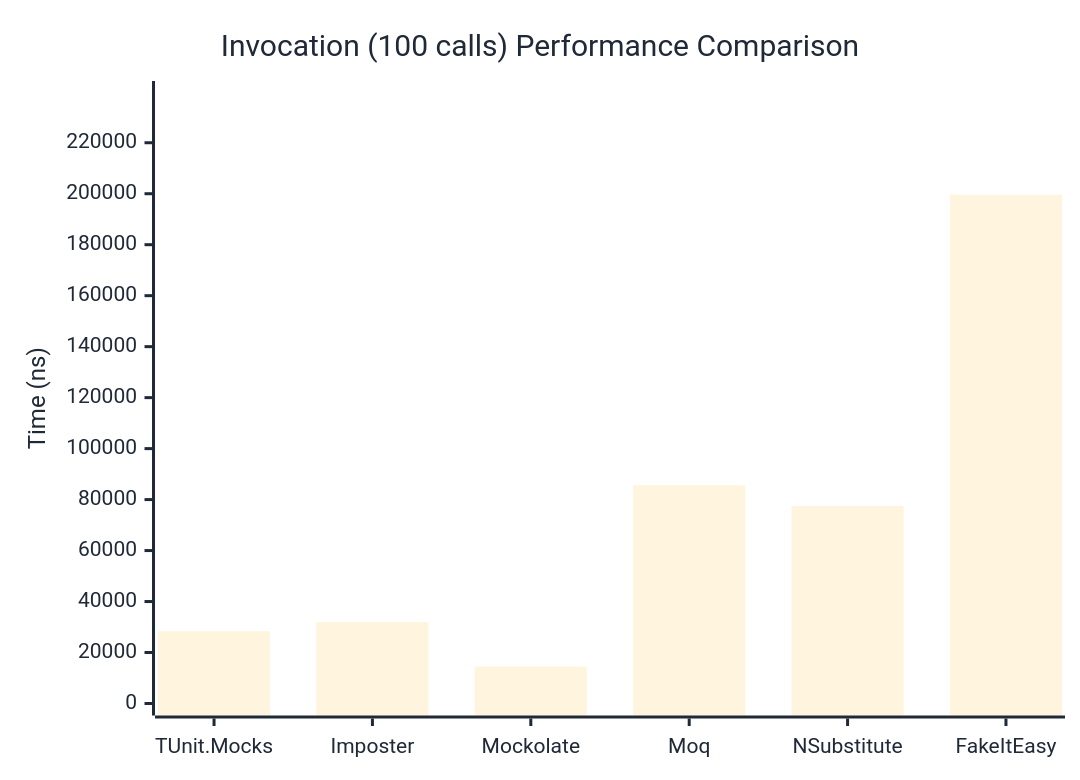
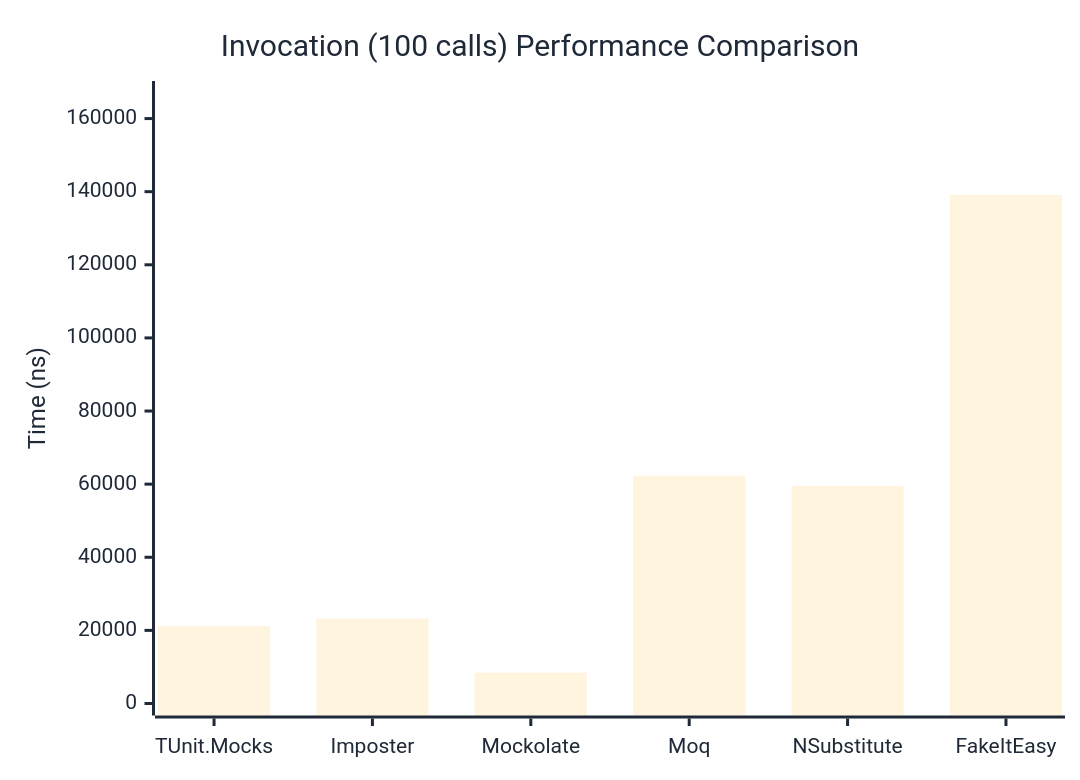
Before and after one commit to thomhurst/TUnit: the third of 3 diagrams in docs/docs/benchmarks/mocks/Invocation.md, drawn with Mermaid. The commit also changed other lines of this file and 14 other files, not shown here.

````diff
--- a/docs/docs/benchmarks/mocks/Invocation.md
+++ b/docs/docs/benchmarks/mocks/Invocation.md
@@ -112,27 +112,27 @@
 ```mermaid
 %%{init: {
   'theme':'base',
   'themeVariables': {
     'primaryColor': '#2563eb',
     'primaryTextColor': '#1f2937',
     'primaryBorderColor': '#1e40af',
     'lineColor': '#6b7280',
     'secondaryColor': '#7c3aed',
     'tertiaryColor': '#dc2626',
     'background': '#ffffff',
     'pie1': '#2563eb',
     'pie2': '#7c3aed',
     'pie3': '#dc2626',
     'pie4': '#f59e0b',
     'pie5': '#10b981',
     'pie6': '#06b6d4',
     'pie7': '#ec4899',
     'pie8': '#6366f1'
   }
 }}%%
 xychart-beta
   title "Invocation (100 calls) Performance Comparison"
   x-axis ["TUnit.Mocks", "Imposter", "Mockolate", "Moq", "NSubstitute", "FakeItEasy"]
-  y-axis "Time (ns)" 0 --> 239514
-  bar [28351, 31963.5, 14450.4, 85633.2, 77481.4, 199594.6]
+  y-axis "Time (ns)" 0 --> 166993
+  bar [21171.91, 23239.12, 8449.66, 62304.89, 59492.28, 139160.01]
 ```
````
